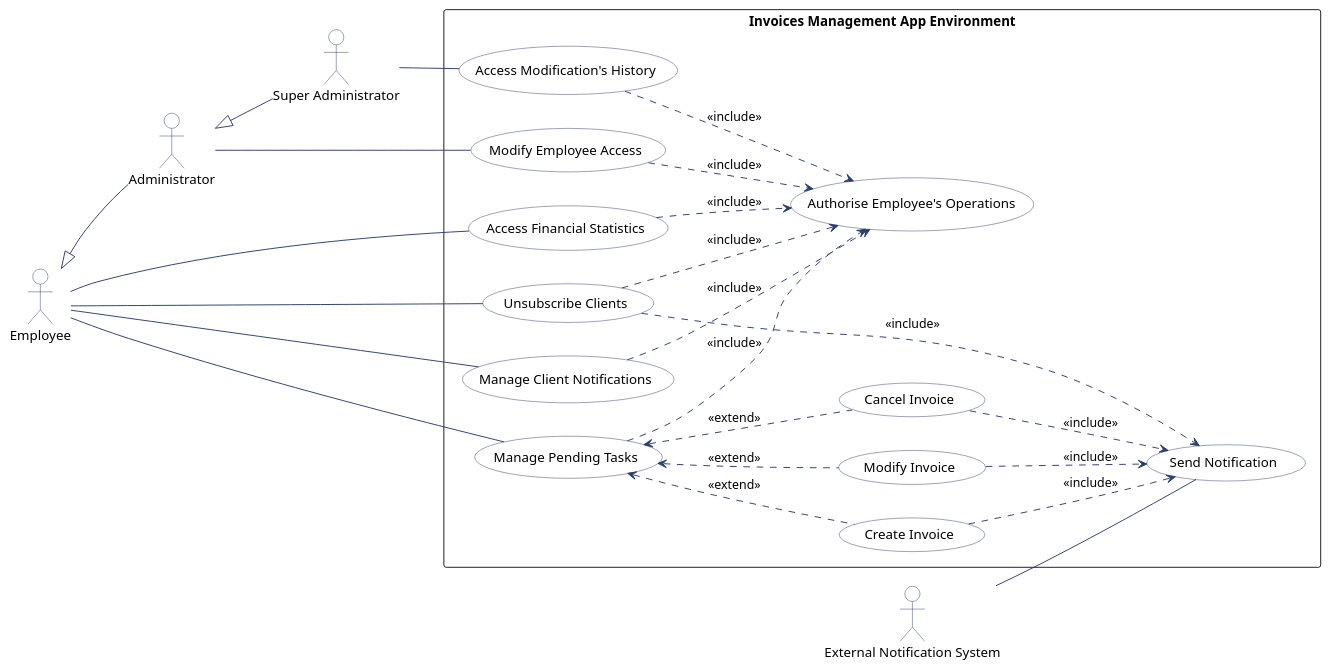
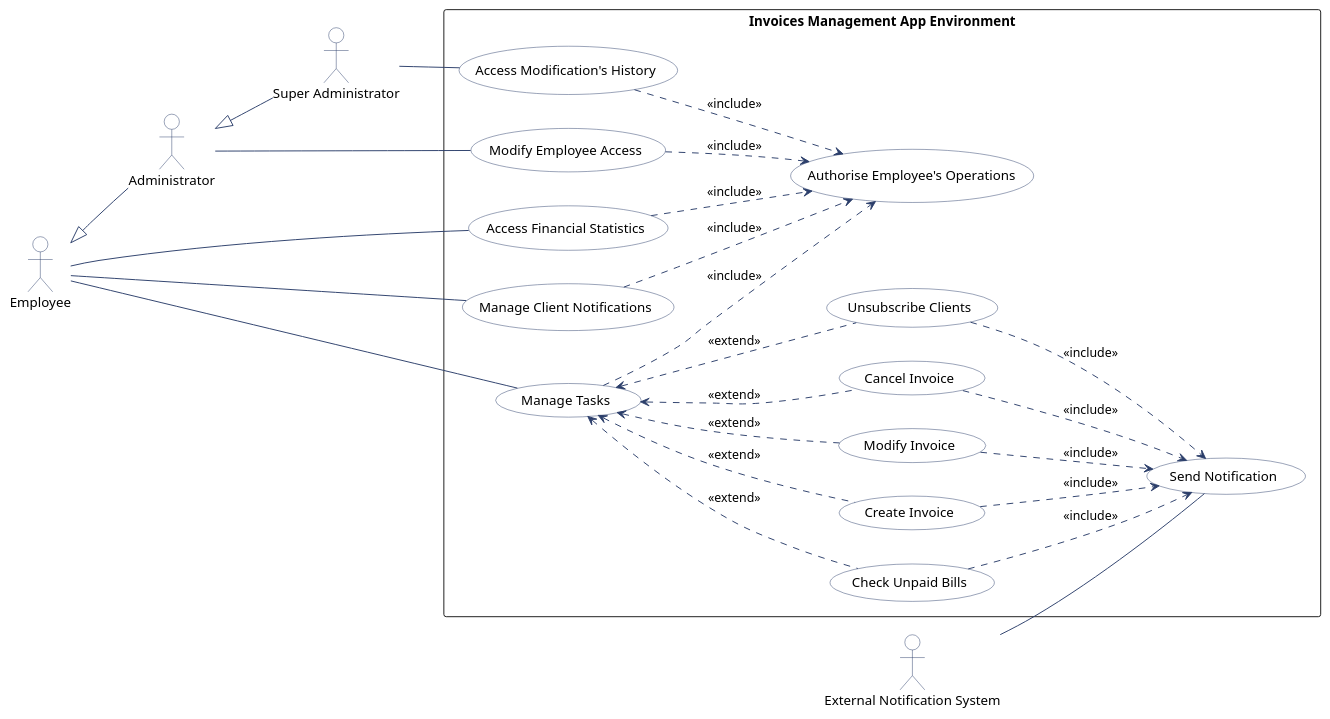
Before and after one commit to Navas05/ADA---Group-Project: the diagram in use_case_diagram.pu, drawn with PlantUML.

```diff
--- a/use_case_diagram.pu
+++ b/use_case_diagram.pu
@@ -1,96 +1,98 @@
 @startuml
 left to right direction
 
 ' Global settings
 skinparam shadowing false
 skinparam packageStyle rectangle
 
 ' Use Case styling
 skinparam usecase {
     BackgroundColor #FFFFFF
     BorderColor #2B3E6A
     FontColor #000000
 }
 
 ' Actor styling
 skinparam actor {
     BackgroundColor #FFFFFF
     BorderColor #2B3E6A
     FontColor #000000
 }
 
 ' Note styling
 skinparam note {
     BackgroundColor #FDE2B8
     BorderColor #2B3E6A
     FontColor #000000
 }
 
 ' Arrow styling
 skinparam arrow {
     Color #2B3E6A
 }
 
 '=== Actors ===
 ' Define your actors here (e.g., actor "Customer" as cust)
 actor "Employee" as employee
 actor "Administrator" as admin
 actor "Super Administrator" as super
 actor "External Notification System" as notification
 
 '=== System Boundary ===
 rectangle "Invoices Management App Environment" {
 
     '=== Use Cases ===
     ' Define your use cases here (e.g., usecase "Login" as UC1)
     usecase "Create Invoice" as UC1
     usecase "Modify Invoice" as UC2
     usecase "Cancel Invoice" as UC3
     usecase "Unsubscribe Clients" as UC4
     usecase "Access Financial Statistics" as UC5
     usecase "Manage Client Notifications" as UC6
+    usecase "Check Unpaid Bills" as UC7
 
     usecase "Modify Employee Access" as AC1
 
     usecase "Access Modification's History" as SC1
 
     usecase "Send Notification" as NC1
     
     usecase "Authorise Employee's Operations" as AuC1
 
-    usecase "Manage Pending Tasks" as PT1
+    usecase "Manage Tasks" as PT1
 }
 
 '=== Relationships ===
 ' Connect actors to use cases or use cases to each other here
 employee -- PT1
-employee -- UC4
 employee -- UC5
 employee -- UC6
 
 admin -- AC1
 
 super -- SC1
 
 notification -- NC1
 
 PT1 <.. UC1 : <<extend>>
 PT1 <.. UC2 : <<extend>>
 PT1 <.. UC3 : <<extend>>
+PT1 <.. UC4 : <<extend>>
+PT1 <.. UC7 : <<extend>>
 
 PT1 ..> AuC1 : <<include>>
-UC4 ..> AuC1 : <<include>>
 UC5 ..> AuC1 : <<include>>
 UC6 ..> AuC1 : <<include>>
 AC1 ..> AuC1 : <<include>>
 SC1 ..> AuC1 : <<include>>
 
 UC1 ..> NC1 : <<include>>
 UC2 ..> NC1 : <<include>>
 UC3 ..> NC1 : <<include>>
 UC4 ..> NC1 : <<include>>
+UC7 ..> NC1 : <<include>>
 
 employee <|-- admin
 admin <|-- super
 
 @enduml
```
